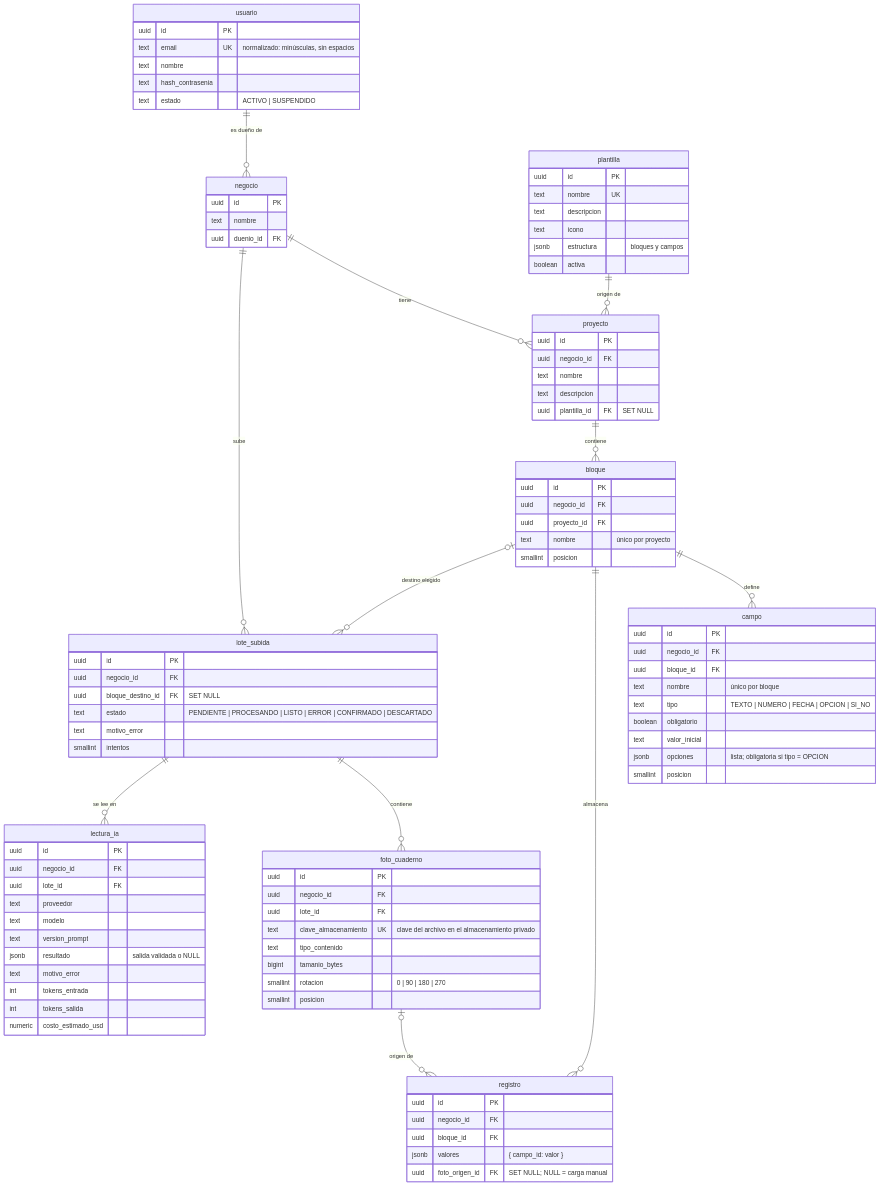
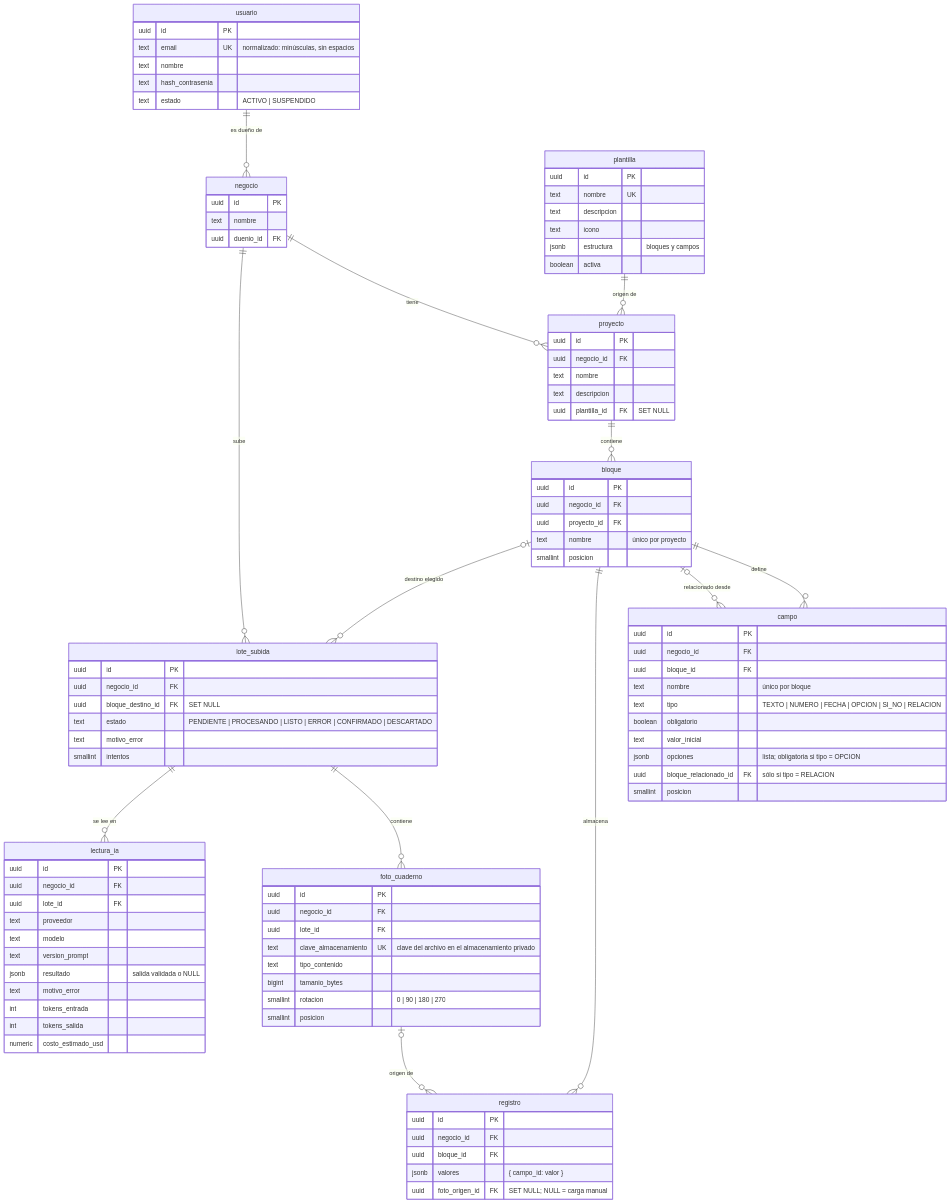
One commit to gonzaviale/Ensambla changed the diagram in docs/modelo-datos.md. Above: the diagram before and after it, drawn with Mermaid. The commit also changed other lines of this file and 67 other files, not shown here.

First line of the commit message:
feat(campos): agregar el tipo de campo RELACION entre tablas del mismo sistema

```diff
--- a/docs/modelo-datos.md
+++ b/docs/modelo-datos.md
@@ -49,6 +51,7 @@
     plantilla ||--o{ proyecto : "origen de"
     proyecto ||--o{ bloque : contiene
     bloque ||--o{ campo : define
+    bloque |o--o{ campo : "relacionado desde"
     bloque ||--o{ registro : almacena
     negocio ||--o{ lote_subida : sube
     bloque |o--o{ lote_subida : "destino elegido"
@@ -95,10 +98,11 @@
         uuid negocio_id FK
         uuid bloque_id FK
         text nombre "único por bloque"
-        text tipo "TEXTO | NUMERO | FECHA | OPCION | SI_NO"
+        text tipo "TEXTO | NUMERO | FECHA | OPCION | SI_NO | RELACION"
         boolean obligatorio
         text valor_inicial
         jsonb opciones "lista; obligatoria si tipo = OPCION"
+        uuid bloque_relacionado_id FK "sólo si tipo = RELACION"
         smallint posicion
     }
     registro {
```
